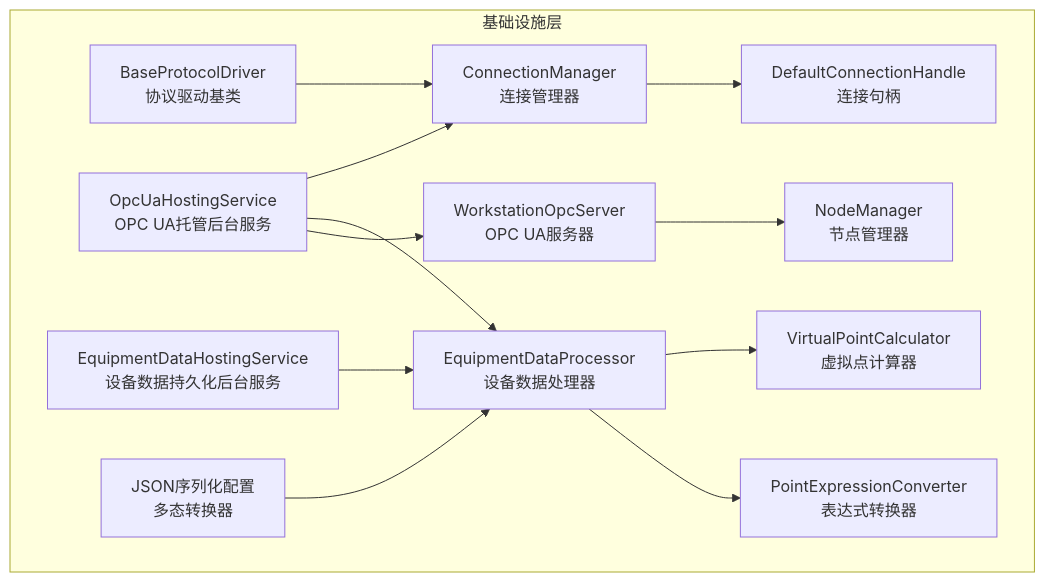
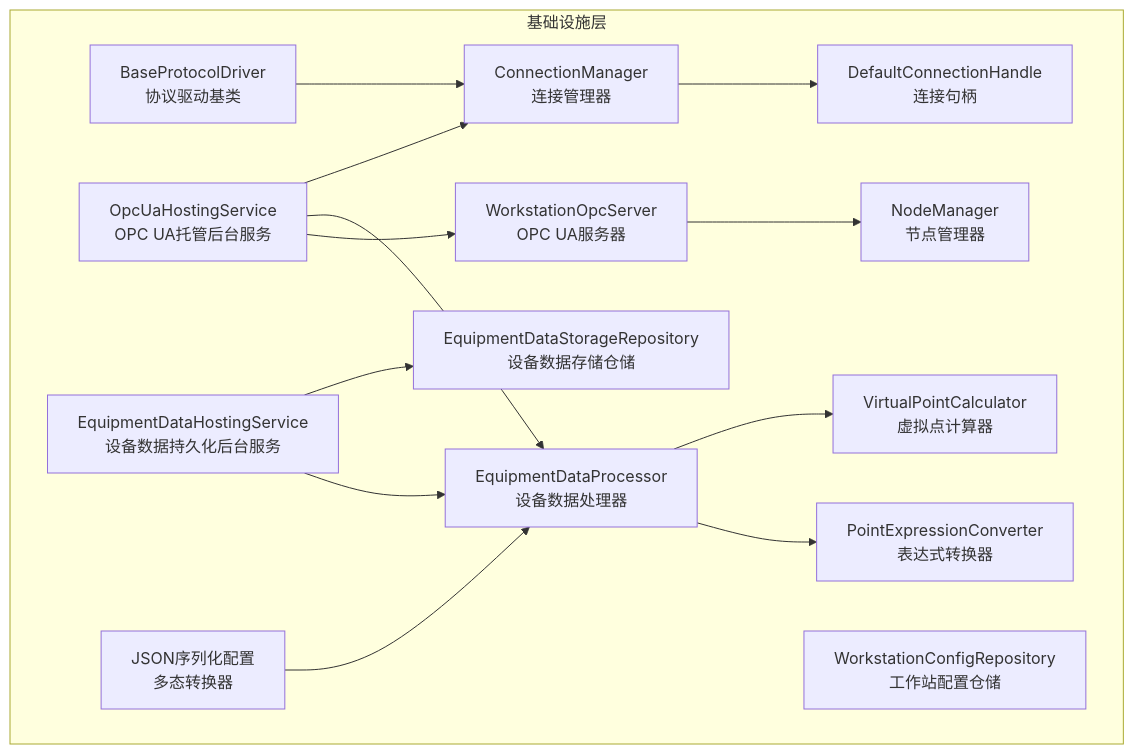
The first of 8 diagrams in .qoder/repowiki/zh/content/基础设施层.md (whitemousetl/IndustrialDataSolution), drawn with Mermaid before and after one commit. The commit also changed other lines of this file and 4 other files, not shown here.

````diff
--- a/.qoder/repowiki/zh/content/基础设施层.md
+++ b/.qoder/repowiki/zh/content/基础设施层.md
@@ -60,26 +64,29 @@
 ```mermaid
 graph TB
 subgraph "基础设施层"
 CM["ConnectionManager<br/>连接管理器"]
 CH["DefaultConnectionHandle<br/>连接句柄"]
 PD["BaseProtocolDriver<T><br/>协议驱动基类"]
 EDP["EquipmentDataProcessor<br/>设备数据处理器"]
 PEC["PointExpressionConverter<br/>表达式转换器"]
 VPC["VirtualPointCalculator<br/>虚拟点计算器"]
 OPS["WorkstationOpcServer<br/>OPC UA服务器"]
 NM["NodeManager<br/>节点管理器"]
 EDHS["EquipmentDataHostingService<br/>设备数据持久化后台服务"]
 OHS["OpcUaHostingService<br/>OPC UA托管后台服务"]
+WCR["WorkstationConfigRepository<br/>工作站配置仓储"]
+EDS["EquipmentDataStorageRepository<br/>设备数据存储仓储"]
 JSON["JSON序列化配置<br/>多态转换器"]
 end
 CM --> CH
 PD --> CM
 EDP --> PEC
 EDP --> VPC
 OHS --> OPS
 OPS --> NM
 OHS --> EDP
 OHS --> CM
 EDHS --> EDP
+EDHS --> EDS
 JSON --> EDP
 ```
````
